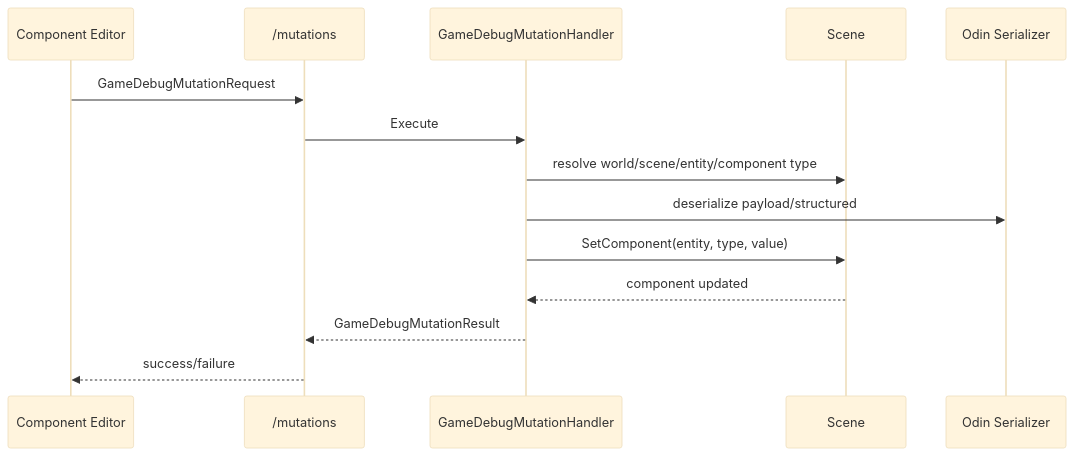
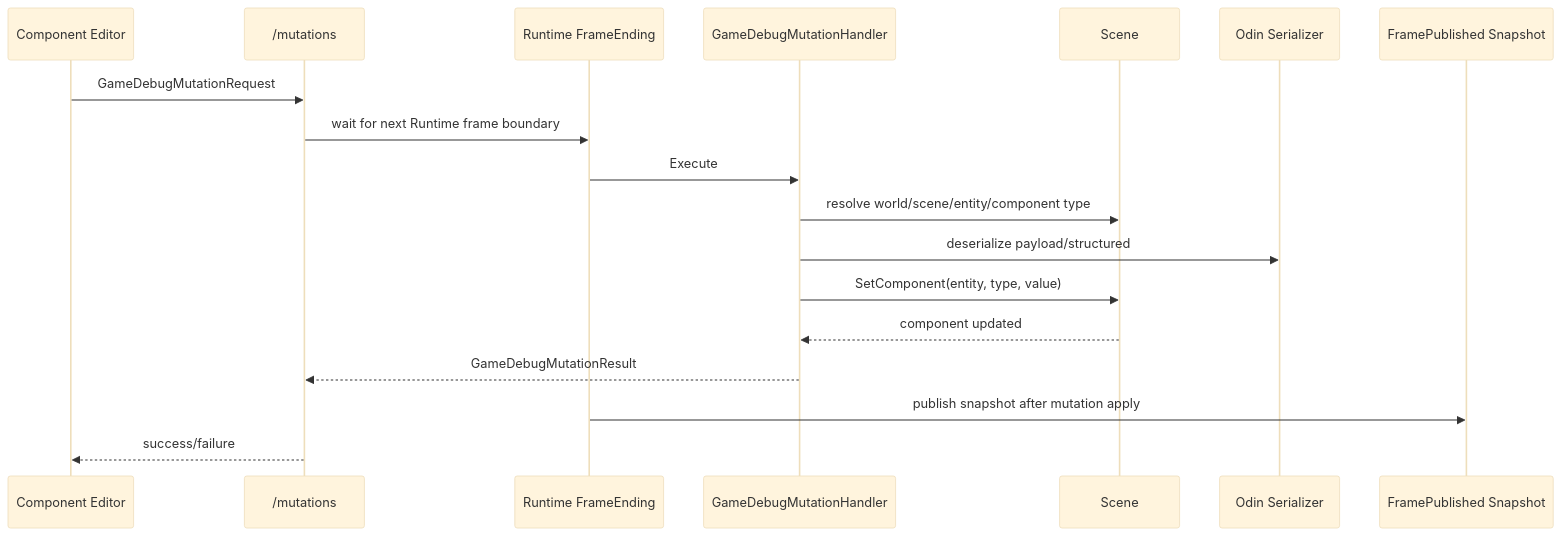
One commit to wqaetly/NKGGameFramework changed the seventh of 10 diagrams in docs/debug-and-dump.md. Above: the diagram before and after it, drawn with Mermaid (base theme). The commit also changed other lines of this file and 5 other files, not shown here.

````diff
--- a/docs/debug-and-dump.md
+++ b/docs/debug-and-dump.md
@@ -266,17 +269,21 @@
 ```mermaid
 sequenceDiagram
     participant UI as Component Editor
     participant API as /mutations
+    participant Frame as Runtime FrameEnding
     participant Handler as GameDebugMutationHandler
     participant Scene as Scene
     participant Serializer as Odin Serializer
+    participant Snapshot as FramePublished Snapshot
 
     UI->>API: GameDebugMutationRequest
-    API->>Handler: Execute
+    API->>Frame: wait for next Runtime frame boundary
+    Frame->>Handler: Execute
     Handler->>Scene: resolve world/scene/entity/component type
     Handler->>Serializer: deserialize payload/structured
     Handler->>Scene: SetComponent(entity, type, value)
     Scene-->>Handler: component updated
     Handler-->>API: GameDebugMutationResult
+    Frame->>Snapshot: publish snapshot after mutation apply
     API-->>UI: success/failure
 ```
````
